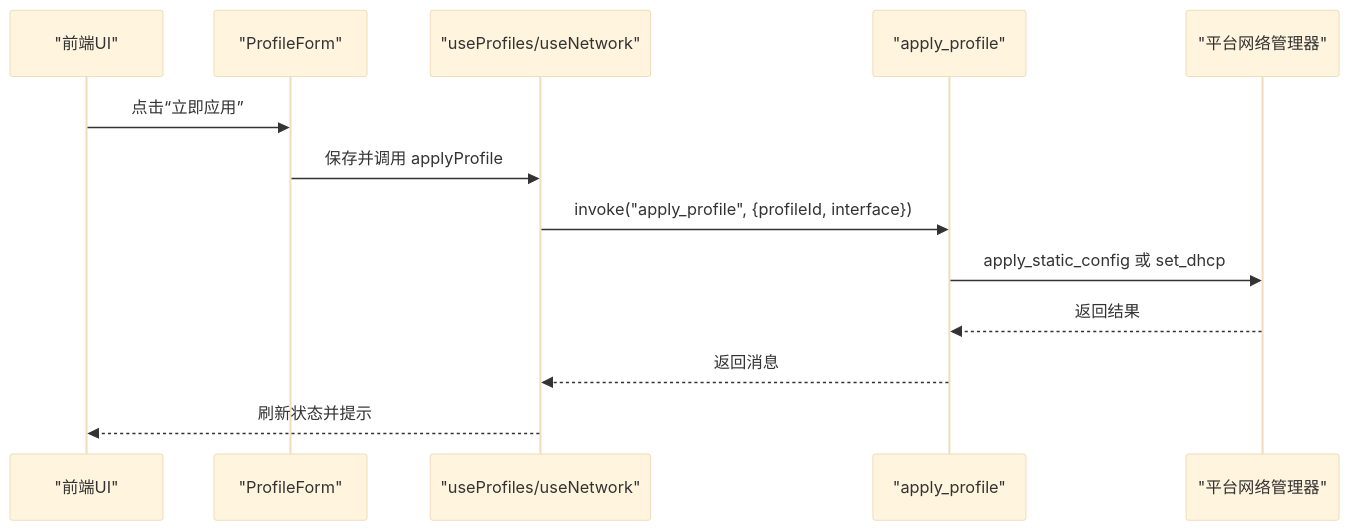
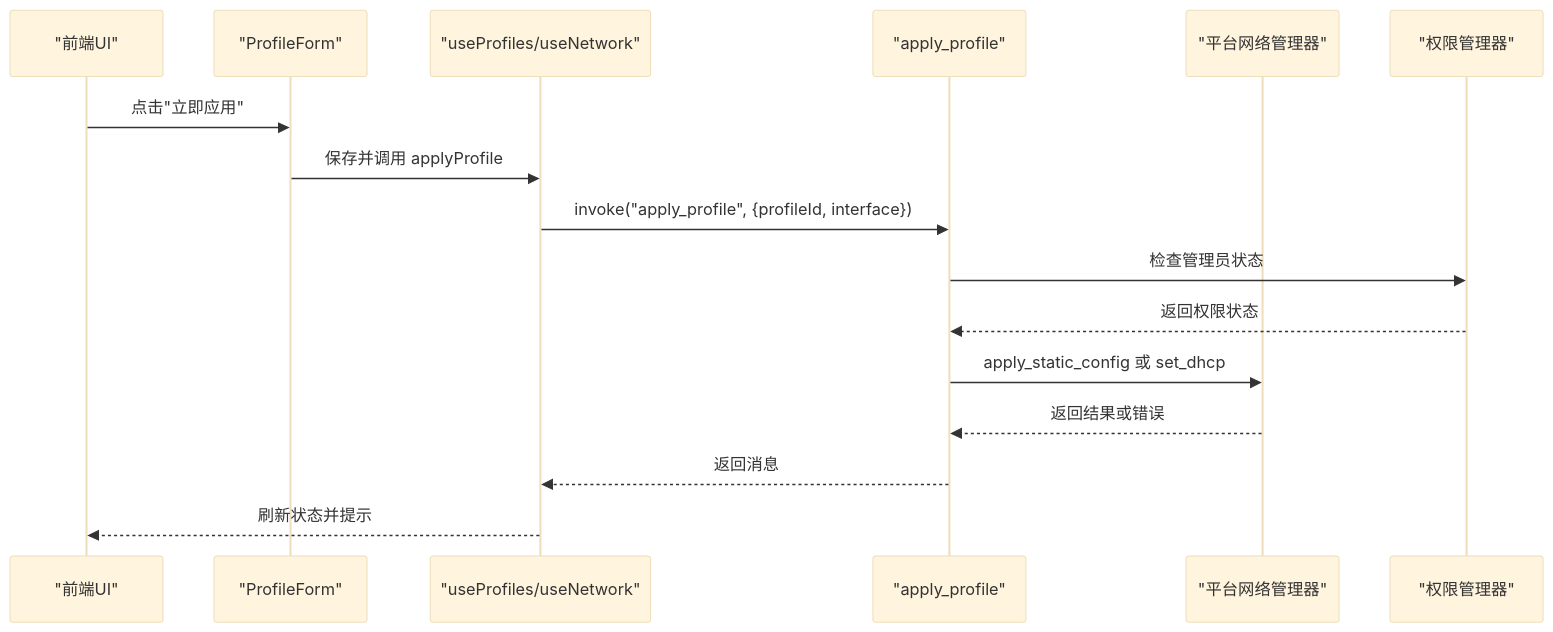
Before and after one commit to xdongliang/IPSwitcher: the sixth of 11 diagrams in .qoder/repowiki/zh/content/网络配置功能/网络配置功能.md, drawn with Mermaid (base theme). The commit also changed other lines of this file and 22 other files, not shown here.

````diff
--- a/.qoder/repowiki/zh/content/网络配置功能/网络配置功能.md
+++ b/.qoder/repowiki/zh/content/网络配置功能/网络配置功能.md
@@ -226,15 +273,18 @@
 ```mermaid
 sequenceDiagram
 participant UI as "前端UI"
 participant Form as "ProfileForm"
 participant Hooks as "useProfiles/useNetwork"
 participant Tauri as "apply_profile"
 participant Platform as "平台网络管理器"
-UI->>Form : 点击“立即应用”
+participant Admin as "权限管理器"
+UI->>Form : 点击"立即应用"
 Form->>Hooks : 保存并调用 applyProfile
 Hooks->>Tauri : invoke("apply_profile", {profileId, interface})
+Tauri->>Admin : 检查管理员状态
+Admin-->>Tauri : 返回权限状态
 Tauri->>Platform : apply_static_config 或 set_dhcp
-Platform-->>Tauri : 返回结果
+Platform-->>Tauri : 返回结果或错误
 Tauri-->>Hooks : 返回消息
 Hooks-->>UI : 刷新状态并提示
 ```
````
